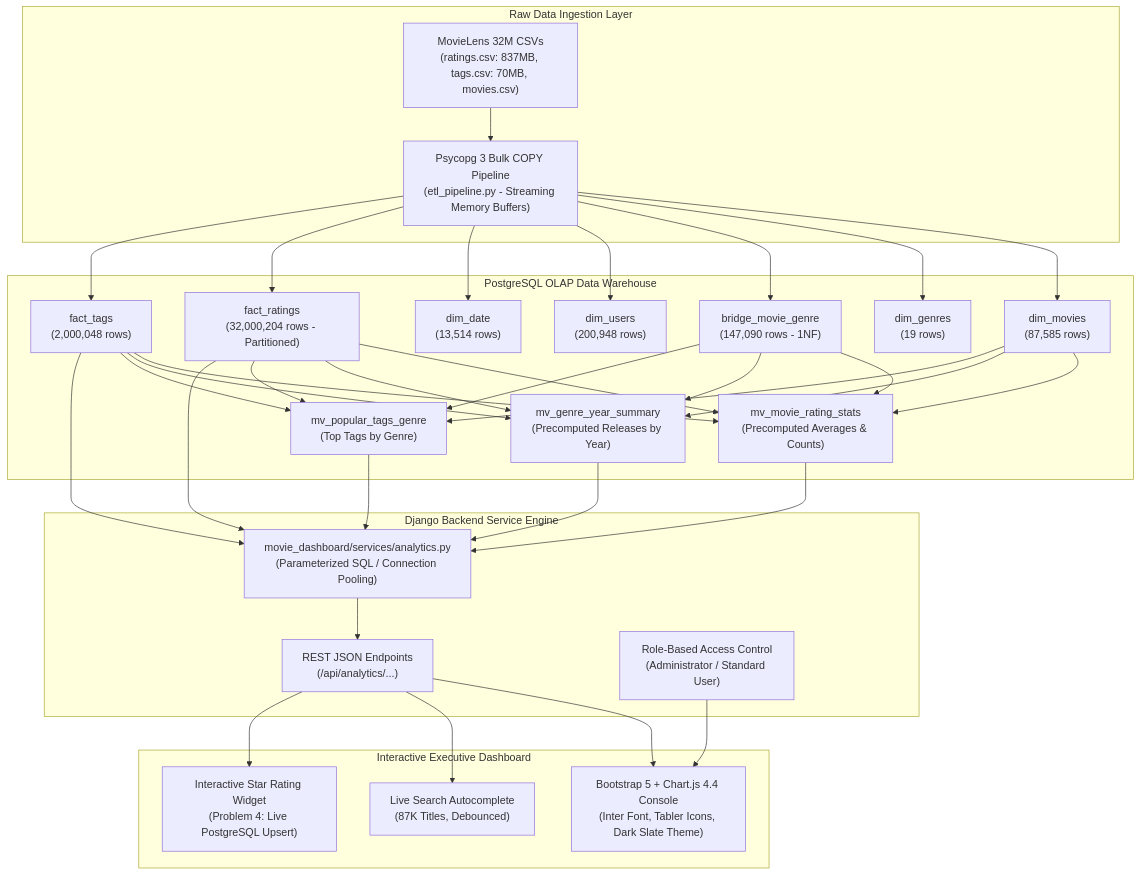
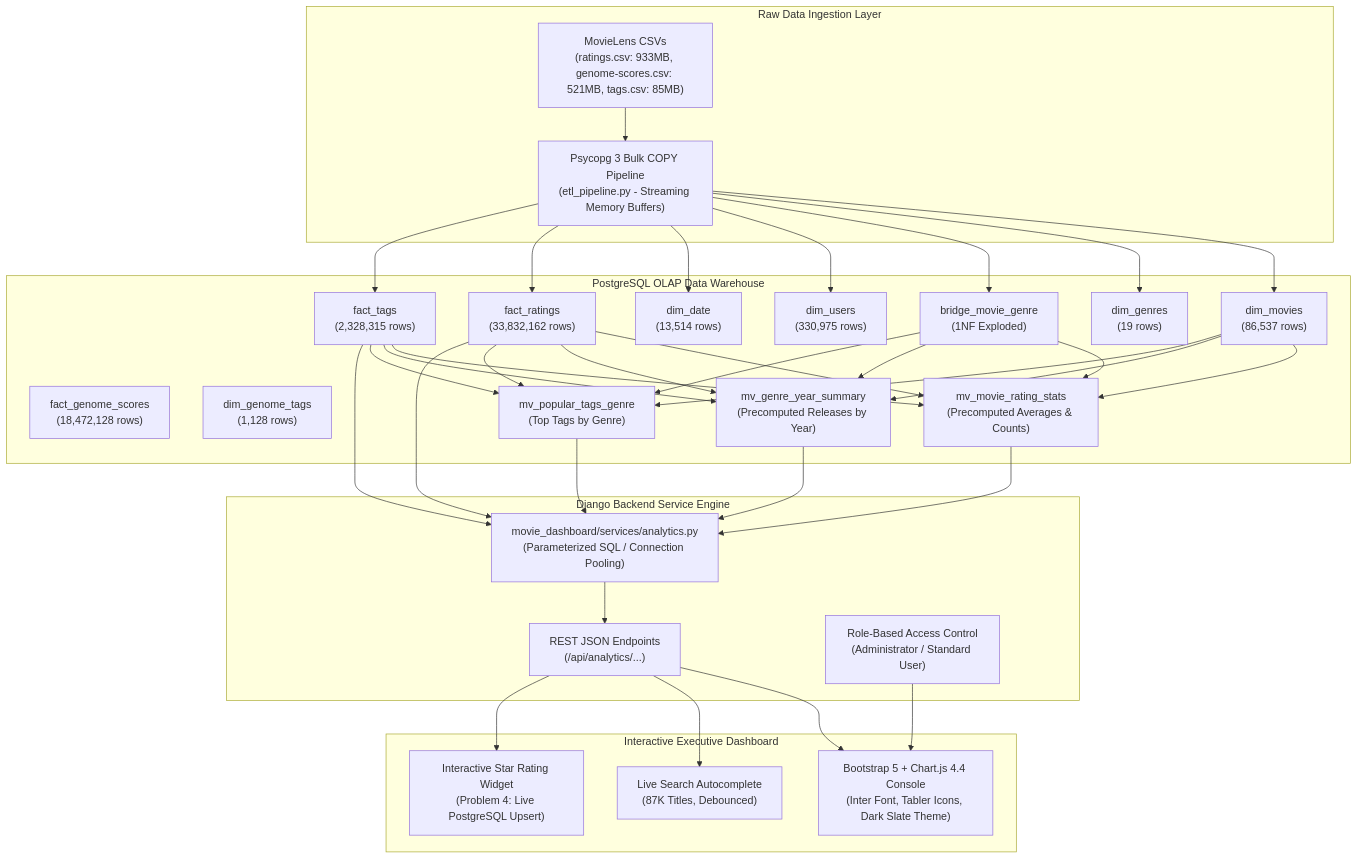
The diagram in README.md (noedrflsh/Data_Engg_projet), drawn with Mermaid before and after one commit. The commit also changed other lines of this file and 13 other files, not shown here.

Commit message:
fix(analytics): resolve popular tags by genre display without genome dataset and polish light UI (fixes #4)

````diff
--- a/README.md
+++ b/README.md
@@ -35,41 +35,43 @@
 ```mermaid
 flowchart TD
     subgraph S1["Raw Data Ingestion Layer"]
-        CSV["MovieLens 32M CSVs\n(ratings.csv: 837MB, tags.csv: 70MB, movies.csv)"]
+        CSV["MovieLens CSVs\n(ratings.csv: 933MB, genome-scores.csv: 521MB, tags.csv: 85MB)"]
         ETL["Psycopg 3 Bulk COPY Pipeline\n(etl_pipeline.py - Streaming Memory Buffers)"]
     end
 
     subgraph S2["PostgreSQL OLAP Data Warehouse"]
-        DM["dim_movies\n(87,585 rows)"]
+        DM["dim_movies\n(86,537 rows)"]
         DG["dim_genres\n(19 rows)"]
-        BMG["bridge_movie_genre\n(147,090 rows - 1NF)"]
-        DU["dim_users\n(200,948 rows)"]
+        BMG["bridge_movie_genre\n(1NF Exploded)"]
+        DU["dim_users\n(330,975 rows)"]
         DD["dim_date\n(13,514 rows)"]
-        FR["fact_ratings\n(32,000,204 rows - Partitioned)"]
-        FT["fact_tags\n(2,000,048 rows)"]
+        FR["fact_ratings\n(33,832,162 rows)"]
+        FT["fact_tags\n(2,328,315 rows)"]
+        FGS["fact_genome_scores\n(18,472,128 rows)"]
+        DGT["dim_genome_tags\n(1,128 rows)"]
         
         MV1["mv_movie_rating_stats\n(Precomputed Averages & Counts)"]
         MV2["mv_genre_year_summary\n(Precomputed Releases by Year)"]
         MV3["mv_popular_tags_genre\n(Top Tags by Genre)"]
     end
 
     subgraph S3["Django Backend Service Engine"]
         SRV["movie_dashboard/services/analytics.py\n(Parameterized SQL / Connection Pooling)"]
         API["REST JSON Endpoints\n(/api/analytics/...)"]
         AUTH["Role-Based Access Control\n(Administrator / Standard User)"]
     end
 
     subgraph S4["Interactive Executive Dashboard"]
         UI["Bootstrap 5 + Chart.js 4.4 Console\n(Inter Font, Tabler Icons, Dark Slate Theme)"]
         AUTO["Live Search Autocomplete\n(87K Titles, Debounced)"]
         RATE["Interactive Star Rating Widget\n(Problem 4: Live PostgreSQL Upsert)"]
     end
 
     CSV --> ETL
     ETL --> DM & DG & BMG & DU & DD & FR & FT
     FR & FT & DM & BMG --> MV1 & MV2 & MV3
     MV1 & MV2 & MV3 & FR & FT --> SRV
     SRV --> API
     API --> UI & AUTO & RATE
     AUTH --> UI
 ```
````
